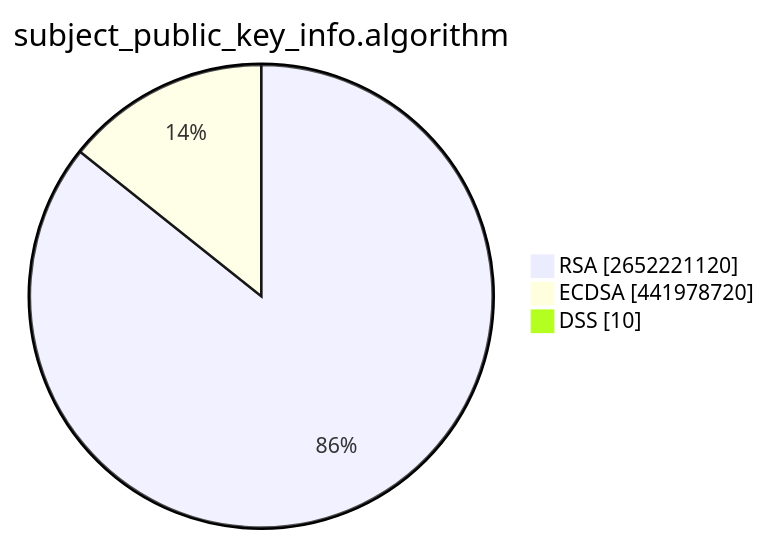
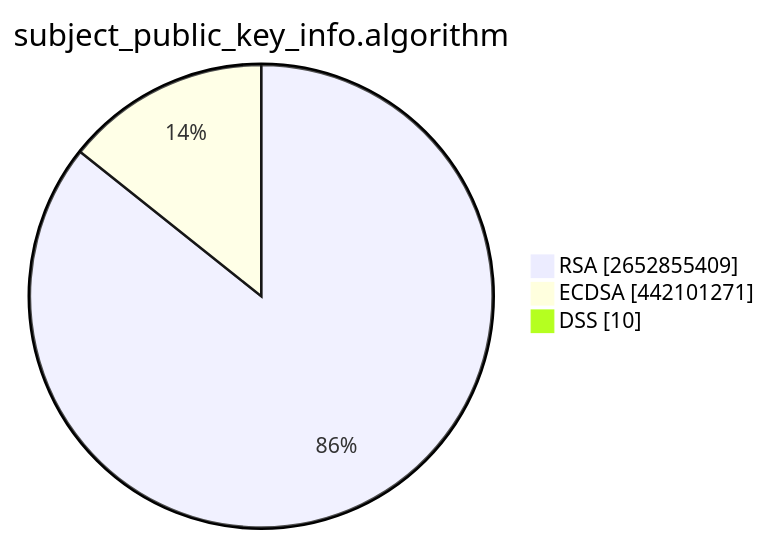
The second of 15 diagrams in TOTAL/README.md (christiankrug/ctmonitor_visualization), drawn with Mermaid before and after one commit. The commit also changed other lines of this file, not shown here.

````diff
--- a/TOTAL/README.md
+++ b/TOTAL/README.md
@@ -6,7 +6,7 @@
 ```mermaid
 pie showData
 title subject_public_key_info.algorithm
-"RSA" :2652221120
-"ECDSA" :441978720
+"RSA" :2652855409
+"ECDSA" :442101271
 "DSS" :10
 ```
````
